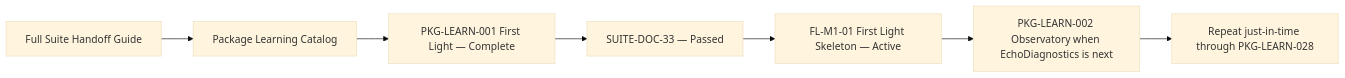
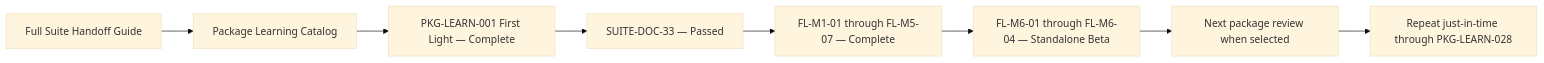
The fifth of 5 diagrams in Plan Documentation/Suite_Graph_Roadmap.md (echodevgames/The-Sperk-Forge), drawn with Mermaid (base theme) before and after one commit. The commit also changed other lines of this file and 36 other files, not shown here.

````diff
--- a/Plan Documentation/Suite_Graph_Roadmap.md
+++ b/Plan Documentation/Suite_Graph_Roadmap.md
@@ -273,9 +275,10 @@
 ```mermaid
 flowchart LR
     H[Full Suite Handoff Guide] --> C[Package Learning Catalog]
     C --> R1[PKG-LEARN-001 First Light — Complete]
     R1 --> G[SUITE-DOC-33 — Passed]
-    G --> I[FL-M1-01 First Light Skeleton — Active]
-    I --> R2[PKG-LEARN-002 Observatory when EchoDiagnostics is next]
+    G --> I[FL-M1-01 through FL-M5-07 — Complete]
+    I --> B[FL-M6-01 through FL-M6-04 — Standalone Beta]
+    B --> R2[Next package review when selected]
     R2 --> D[Repeat just-in-time through PKG-LEARN-028]
 ```
````
